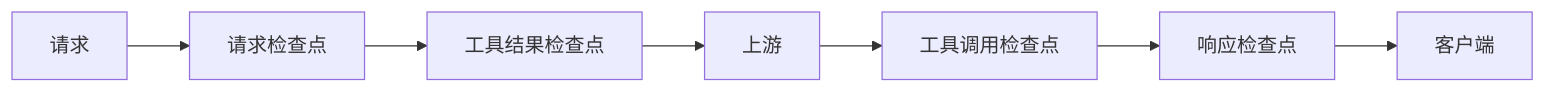
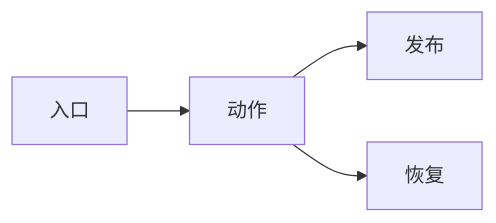
One commit to yv1ing/SafeAgent changed the diagram in docs/human/agent-safety_zh.md. Above: the diagram before and after it, drawn with Mermaid. The commit also changed other lines of this file and 395 other files, not shown here.

````diff
--- a/docs/human/agent-safety_zh.md
+++ b/docs/human/agent-safety_zh.md
@@ -34,9 +35,6 @@
 ```mermaid
 flowchart LR
-    Request["请求"] --> RequestGate["请求检查点"]
-    RequestGate --> ResultGate["工具结果检查点"]
-    ResultGate --> Provider["上游"]
-    Provider --> ToolGate["工具调用检查点"]
-    ToolGate --> ResponseGate["响应检查点"]
-    ResponseGate --> Client["客户端"]
+    Ingress["入口"] --> Action["动作"]
+    Action --> Release["发布"]
+    Action --> Recovery["恢复"]
 ```
````
